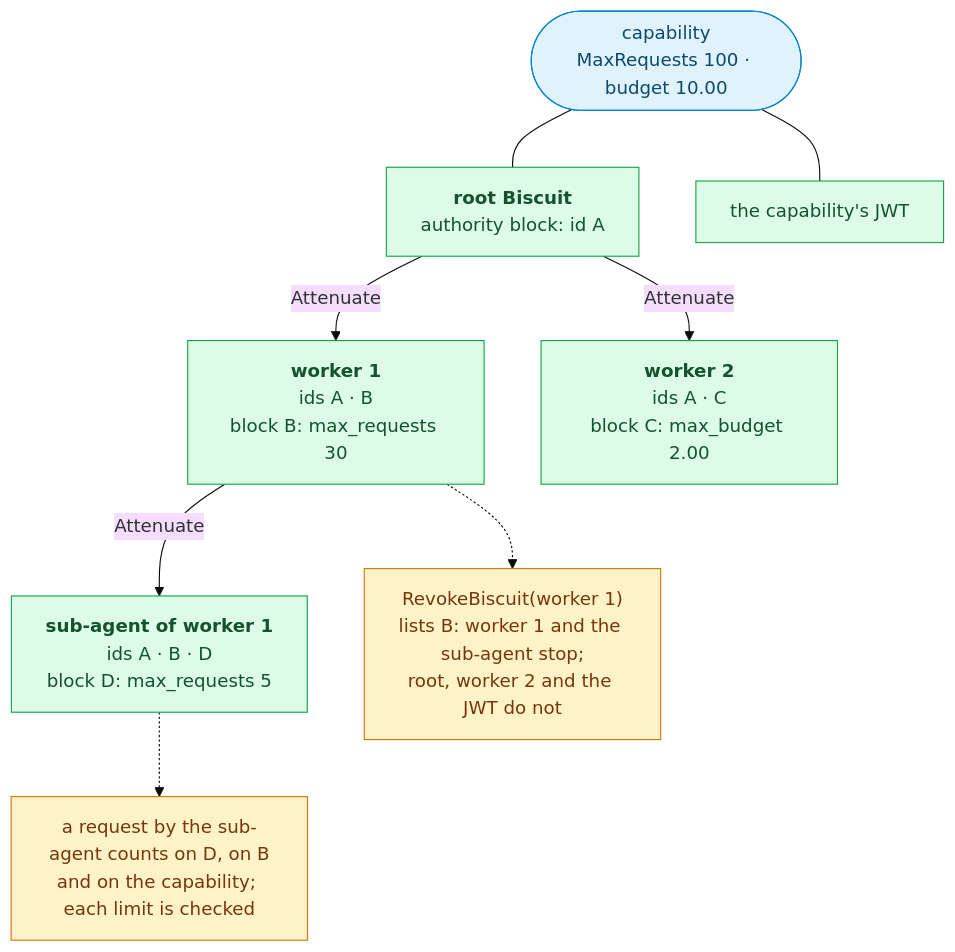
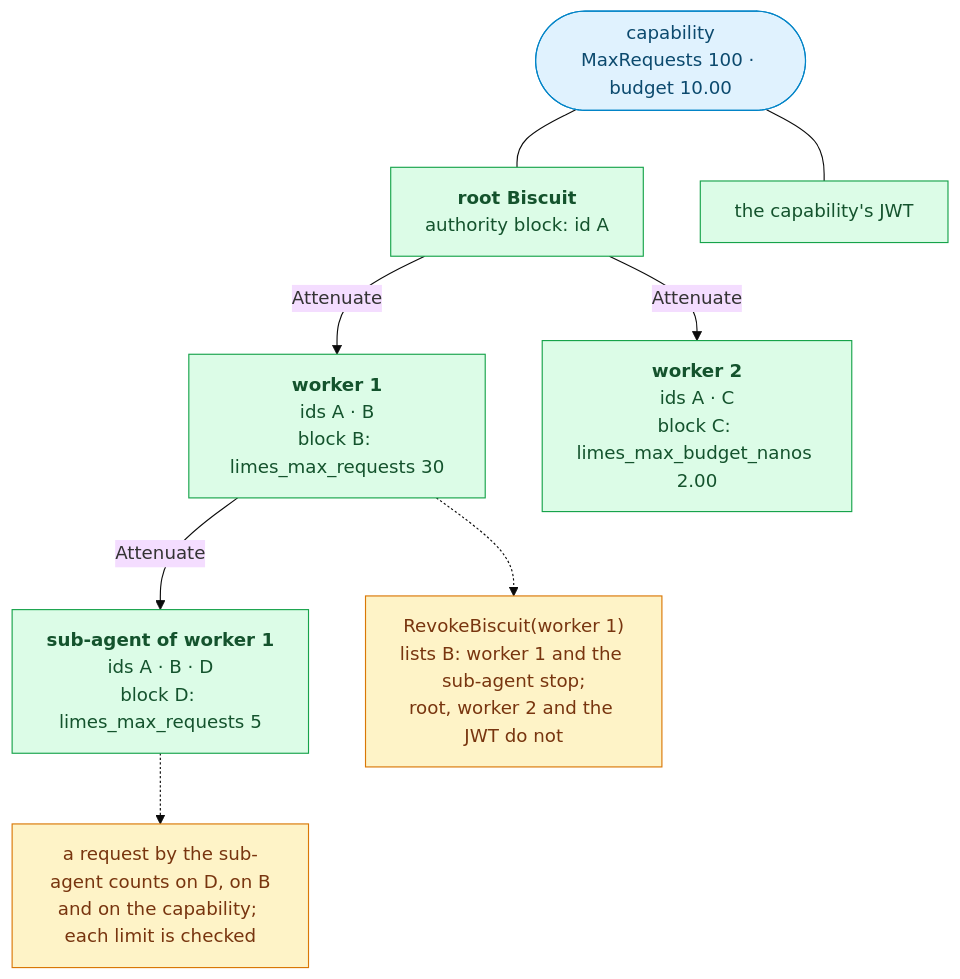
One commit to oleg-tkachuk/limes changed the ninth of 11 diagrams in docs/diagrams.md. Above: the diagram before and after it, drawn with Mermaid (base theme). The commit also changed other lines of this file, not shown here.

First line of the commit message:
docs(diagrams): draw the verifier, DPoP and meter as the code runs them

````diff
--- a/docs/diagrams.md
+++ b/docs/diagrams.md
@@ -399,29 +504,29 @@
 ```mermaid
 flowchart TB
     cap(["capability<br/>MaxRequests 100 · budget 10.00"])
     root["<b>root Biscuit</b><br/>authority block: id A"]
-    w1["<b>worker 1</b><br/>ids A · B<br/>block B: max_requests 30"]
-    w2["<b>worker 2</b><br/>ids A · C<br/>block C: max_budget 2.00"]
-    sub["<b>sub-agent of worker 1</b><br/>ids A · B · D<br/>block D: max_requests 5"]
+    w1["<b>worker 1</b><br/>ids A · B<br/>block B: limes_max_requests 30"]
+    w2["<b>worker 2</b><br/>ids A · C<br/>block C: limes_max_budget_nanos 2.00"]
+    sub["<b>sub-agent of worker 1</b><br/>ids A · B · D<br/>block D: limes_max_requests 5"]
     jwt["the capability's JWT"]
 
     cap --- root
     cap --- jwt
     root -- "Attenuate" --> w1
     root -- "Attenuate" --> w2
     w1 -- "Attenuate" --> sub
 
     revB["RevokeBiscuit(worker 1)<br/>lists B: worker 1 and the sub-agent stop;<br/>root, worker 2 and the JWT do not"]
     cntD["a request by the sub-agent counts on D, on B<br/>and on the capability; each limit is checked"]
 
     w1 -.-> revB
     sub -.-> cntD
 
     classDef client fill:#E0F2FE,stroke:#0284C7,color:#0C4A6E
     classDef role fill:#DCFCE7,stroke:#16A34A,color:#14532D
     classDef optional fill:#F1F5F9,stroke:#64748B,color:#334155,stroke-dasharray:5 4
     classDef store fill:#FEF3C7,stroke:#D97706,color:#78350F
     class cap client
     class root,w1,w2,sub,jwt role
     class revB,cntD store
 ```
````
